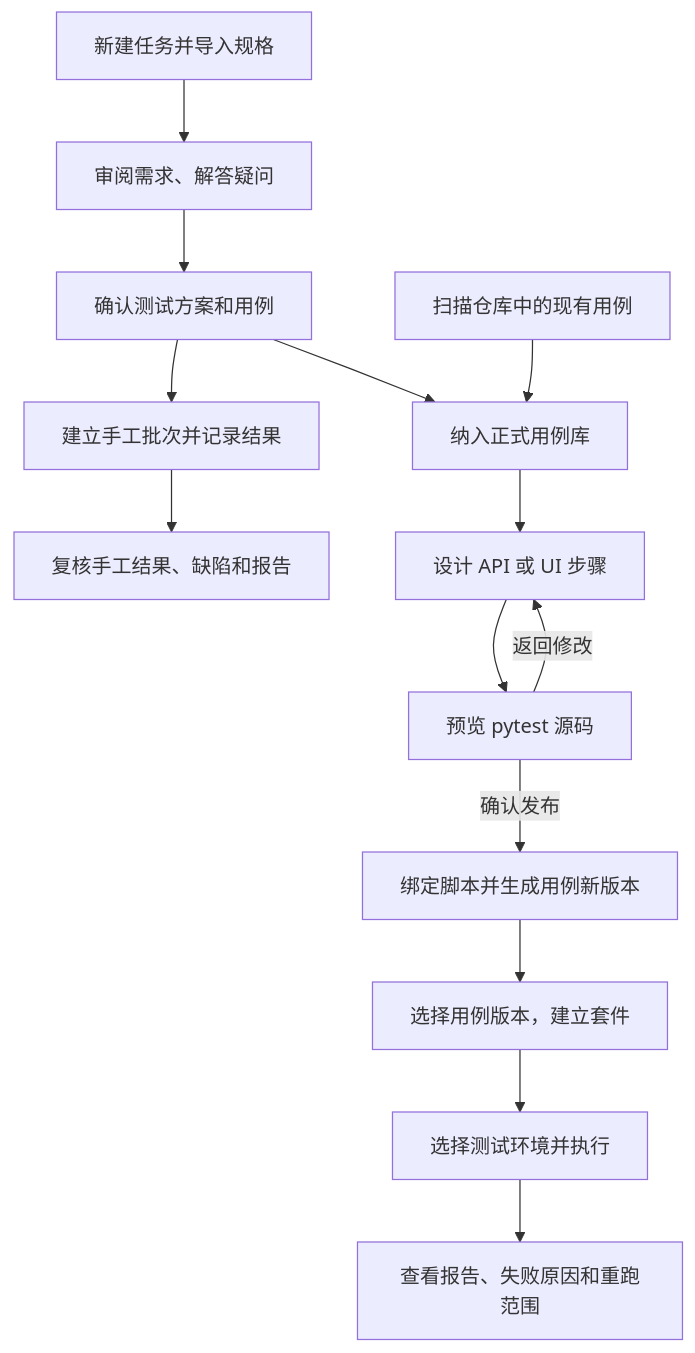
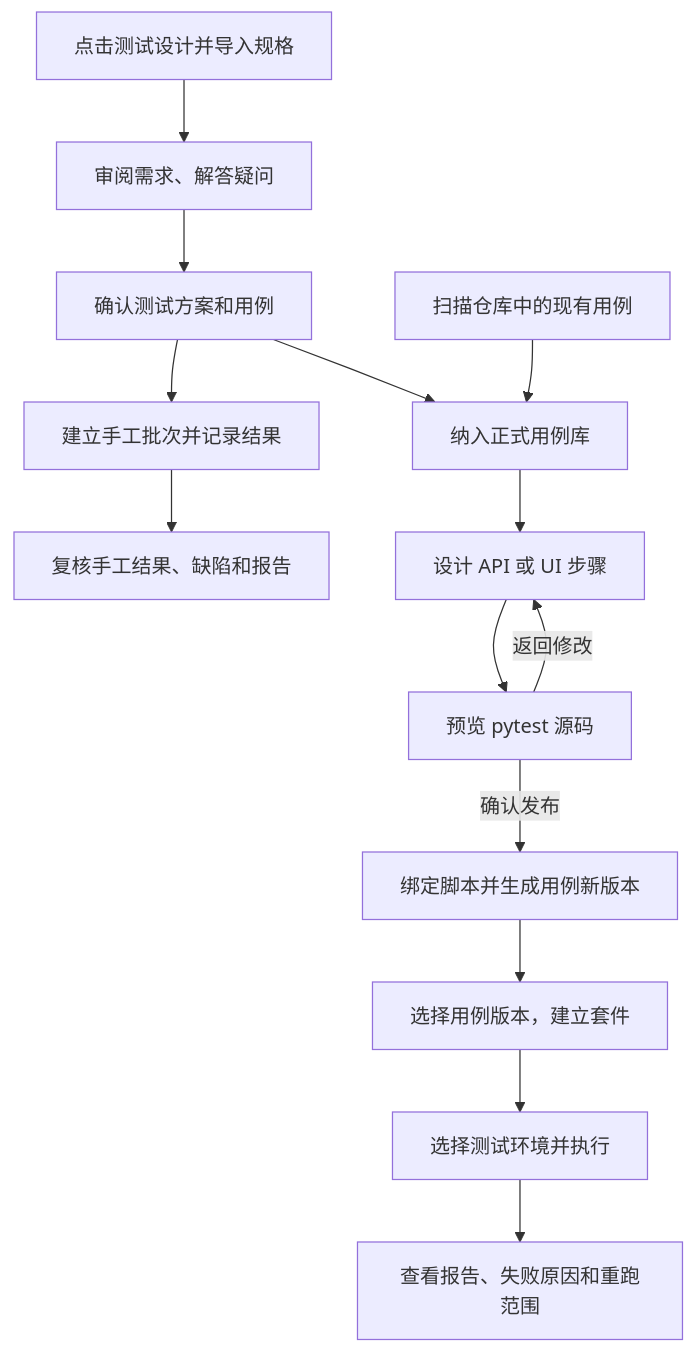
Before and after one commit to c903648678-sys/healthmanager-autotest: the first of 2 diagrams in README.md, drawn with Mermaid. The commit also changed other lines of this file and 4 other files, not shown here.

````diff
--- a/README.md
+++ b/README.md
@@ -26,16 +28,16 @@
 ```mermaid
 flowchart TD
-    A["新建任务并导入规格"] --> B["审阅需求、解答疑问"]
+    A["点击测试设计并导入规格"] --> B["审阅需求、解答疑问"]
     B --> C["确认测试方案和用例"]
     C --> M["建立手工批次并记录结果"]
     C --> D["纳入正式用例库"]
     E["扫描仓库中的现有用例"] --> D
     D --> F["设计 API 或 UI 步骤"]
     F --> G["预览 pytest 源码"]
     G -->|返回修改| F
     G -->|确认发布| H["绑定脚本并生成用例新版本"]
     H --> I["选择用例版本，建立套件"]
     I --> J["选择测试环境并执行"]
     J --> K["查看报告、失败原因和重跑范围"]
     M --> L["复核手工结果、缺陷和报告"]
 ```
````
